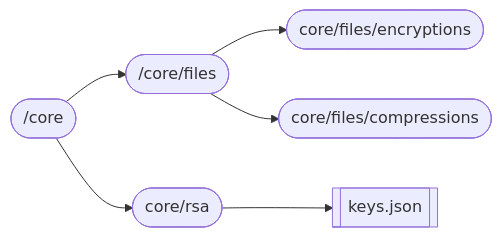
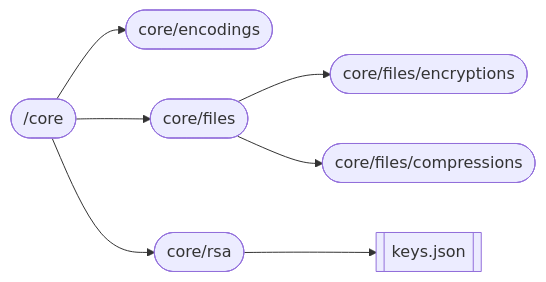
One commit to Ashwin-Dara/Nimbus-API changed the diagram in design/Design.MD. Above: the diagram before and after it, drawn with Mermaid. The commit also changed other lines of this file and 3 other files, not shown here.

````diff
--- a/design/Design.MD
+++ b/design/Design.MD
@@ -51,11 +84,15 @@
 ```mermaid 
 flowchart LR; 
 encs([core/files/encryptions])
 compress([core/files/compressions])
-core([/core]) --> files([/core/files])
+maps([core/encodings])
+
+core([/core]) --> files([core/files])
 pub([core/rsa])
+
 core --> pub
 files --> encs 
 files --> compress
 pub --> keys[[keys.json]]
+core --> maps
 ```
````
